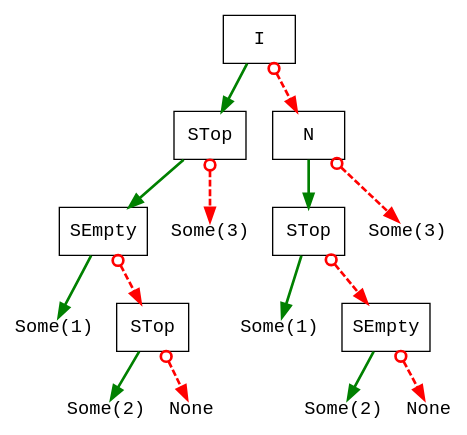
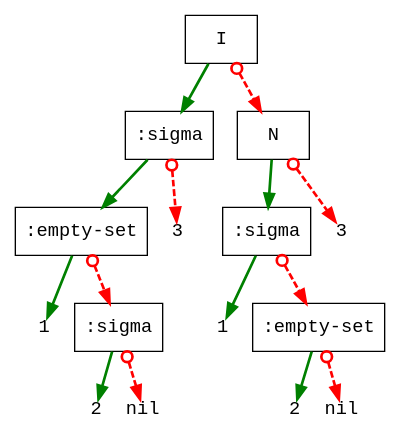
One commit to jimka2001/clojure-rte changed the diagram in doc/reClojure.2025/reclojure.2025.slides.dot/ldd-8.dot. Above: the diagram before and after it, drawn with Graphviz. The commit also changed 13 other files, not shown here.

```diff
--- a/doc/reClojure.2025/reclojure.2025.slides.dot/ldd-8.dot
+++ b/doc/reClojure.2025/reclojure.2025.slides.dot/ldd-8.dot
@@ -1,65 +1,65 @@
 digraph G {
 node [ fontsize=14];
 bgcolor="#ffffff00" # RGBA (with alpha)
 
 9 [shape=box,label="I",fontname="Courier"]
 
 9 -> n8p [style=solid,color=green,penwidth=2]
 9 -> n8n [style=dashed,color=red,penwidth=2,arrowhead=normal,arrowtail=odot,dir=both]
 
 n8n [shape=box,label="N",fontname="Courier"]
-n8p [shape=box,label="STop",fontname="Courier"]
+n8p [shape=box,label=":sigma",fontname="Courier"]
 
 {rank=same n8n n8p }
 
 
 n8p -> n1pp [style=solid,color=green,penwidth=2]
 n8p -> n6np [style=dashed,color=red,penwidth=2,arrowhead=normal,arrowtail=odot,dir=both]
 
 n8n -> n1pn [style=solid,color=green,penwidth=2]
 n8n -> n6nn [style=dashed,color=red,penwidth=2,arrowhead=normal,arrowtail=odot,dir=both]
 
 {rank=same n1pp n6np n1pn n6nn }
 
-n1pp [shape=box,label="SEmpty",fontname="Courier"]
-n2pp [shape=plain,label="Some(1)",fontname="Courier"]
-n3pp [shape=box,label="STop",fontname="Courier"]
-n4pp [shape=plain,label="Some(2)",fontname="Courier"]
-n7pp [shape=plain,label="None",fontname="Courier"]
+n1pp [shape=box,label=":empty-set",fontname="Courier"]
+n2pp [shape=plain,label="1",fontname="Courier"]
+n3pp [shape=box,label=":sigma",fontname="Courier"]
+n4pp [shape=plain,label="2",fontname="Courier"]
+n7pp [shape=plain,label="nil",fontname="Courier"]
 {rank=same n2pp n3pp }
 {rank=same n4pp n7pp }
 
-n1pn [shape=box,label="STop",fontname="Courier"]
-n2pn [shape=plain,label="Some(1)",fontname="Courier"]
-n3pn [shape=box,label="SEmpty",fontname="Courier"]
-n4pn [shape=plain,label="Some(2)",fontname="Courier"]
-n7pn [shape=plain,label="None",fontname="Courier"]
+n1pn [shape=box,label=":sigma",fontname="Courier"]
+n2pn [shape=plain,label="1",fontname="Courier"]
+n3pn [shape=box,label=":empty-set",fontname="Courier"]
+n4pn [shape=plain,label="2",fontname="Courier"]
+n7pn [shape=plain,label="nil",fontname="Courier"]
 {rank=same n2pn n3pn }
 {rank=same n4pn n7pn }
 
 
 n1pp -> n2pp [style=solid,color=green,penwidth=2]
 n1pp -> n3pp [style=dashed,color=red,penwidth=2,arrowhead=normal,arrowtail=odot,dir=both]
 
 n3pp -> n4pp [style=solid,color=green,penwidth=2]
 n3pp -> n7pp [style=dashed,color=red,penwidth=2,arrowhead=normal,arrowtail=odot,dir=both]
 
 
-n6np [shape=plain,label="Some(3)",fontname="Courier"]
+n6np [shape=plain,label="3",fontname="Courier"]
 
 
 n1pn -> n2pn [style=solid,color=green,penwidth=2]
 n1pn -> n3pn [style=dashed,color=red,penwidth=2,arrowhead=normal,arrowtail=odot,dir=both]
 
 n3pn -> n4pn [style=solid,color=green,penwidth=2]
 n3pn -> n7pn [style=dashed,color=red,penwidth=2,arrowhead=normal,arrowtail=odot,dir=both]
 
 
-n6nn [shape=plain,label="Some(3)",fontname="Courier"]
+n6nn [shape=plain,label="3",fontname="Courier"]
 
 
 
 
 
 
 }
```
